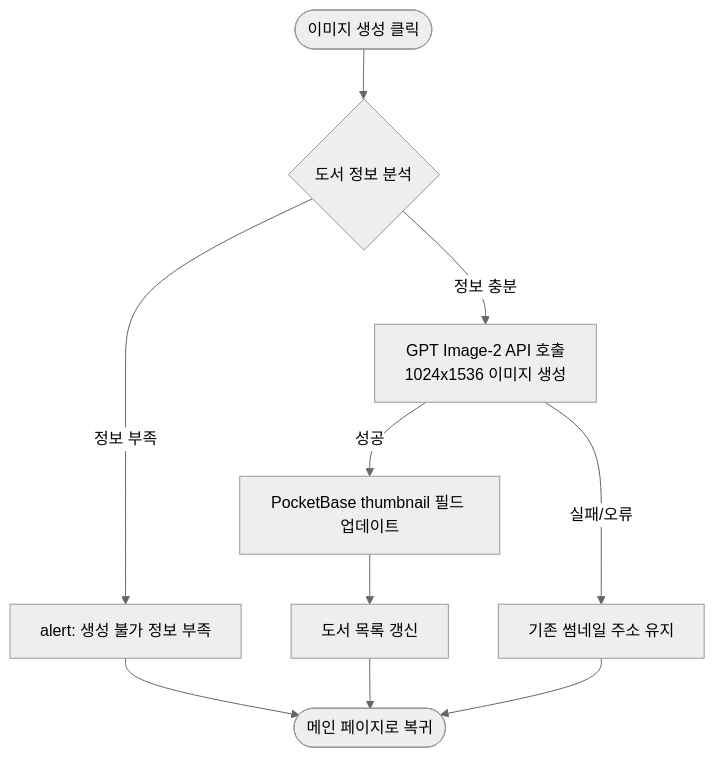
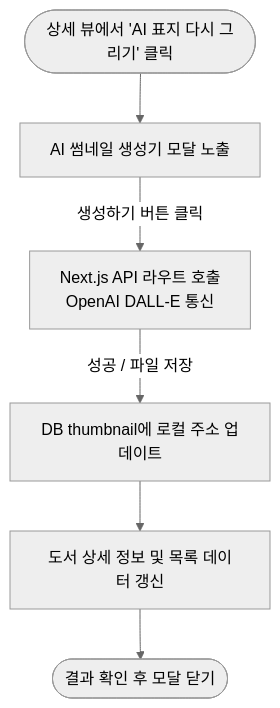
One commit to Jonghyeon-Bae/library-mini-project4 changed the third of 3 diagrams in docs/wireframe.md. Above: the diagram before and after it, drawn with Mermaid (neutral theme). The commit also changed other lines of this file and 7 other files, not shown here.

````diff
--- a/docs/wireframe.md
+++ b/docs/wireframe.md
@@ -98,14 +93,10 @@
 ```mermaid
 flowchart TD
-    START([이미지 생성 클릭]) --> CHECK{도서 정보 분석}
-    CHECK -->|정보 부족| ERR[alert: 생성 불가 정보 부족]
-    ERR --> EXIT([메인 페이지로 복귀])
+    START([상세 뷰에서 'AI 표지 다시 그리기' 클릭]) --> RENDER[AI 썸네일 생성기 모달 노출]
     
-    CHECK -->|정보 충분| API_GEN[GPT Image-2 API 호출<br/>1024x1536 이미지 생성]
-    API_GEN -->|성공| SAVE_DB[PocketBase thumbnail 필드 업데이트]
-    API_GEN -->|실패/오류| ERR_KEEP[기존 썸네일 주소 유지]
+    RENDER -->|생성하기 버튼 클릭| API_GEN[Next.js API 라우트 호출<br/>OpenAI DALL-E 통신]
+    API_GEN -->|성공 / 파일 저장| SAVE_DB[DB thumbnail에 로컬 주소 업데이트]
     
-    SAVE_DB --> REFRESH[도서 목록 갱신]
-    REFRESH --> EXIT
-    ERR_KEEP --> EXIT
+    SAVE_DB --> REFRESH[도서 상세 정보 및 목록 데이터 갱신]
+    REFRESH --> CLOSE([결과 확인 후 모달 닫기])
 ```
````
